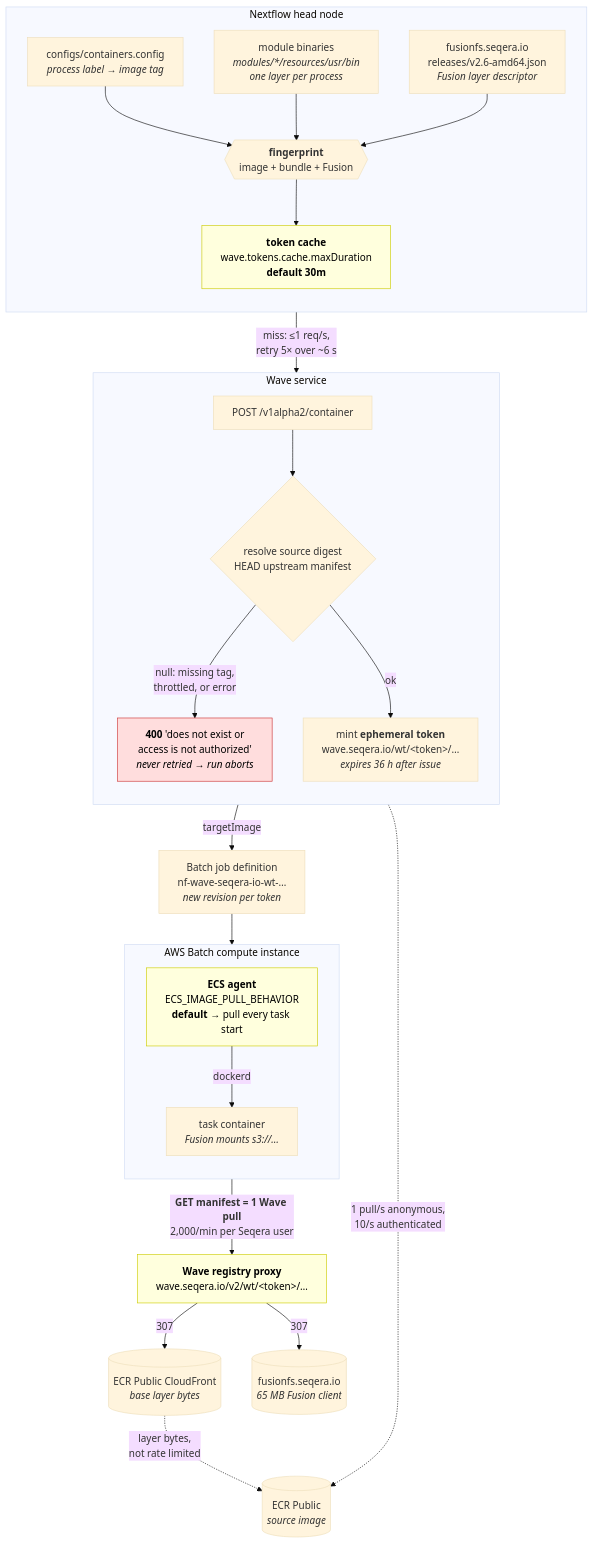
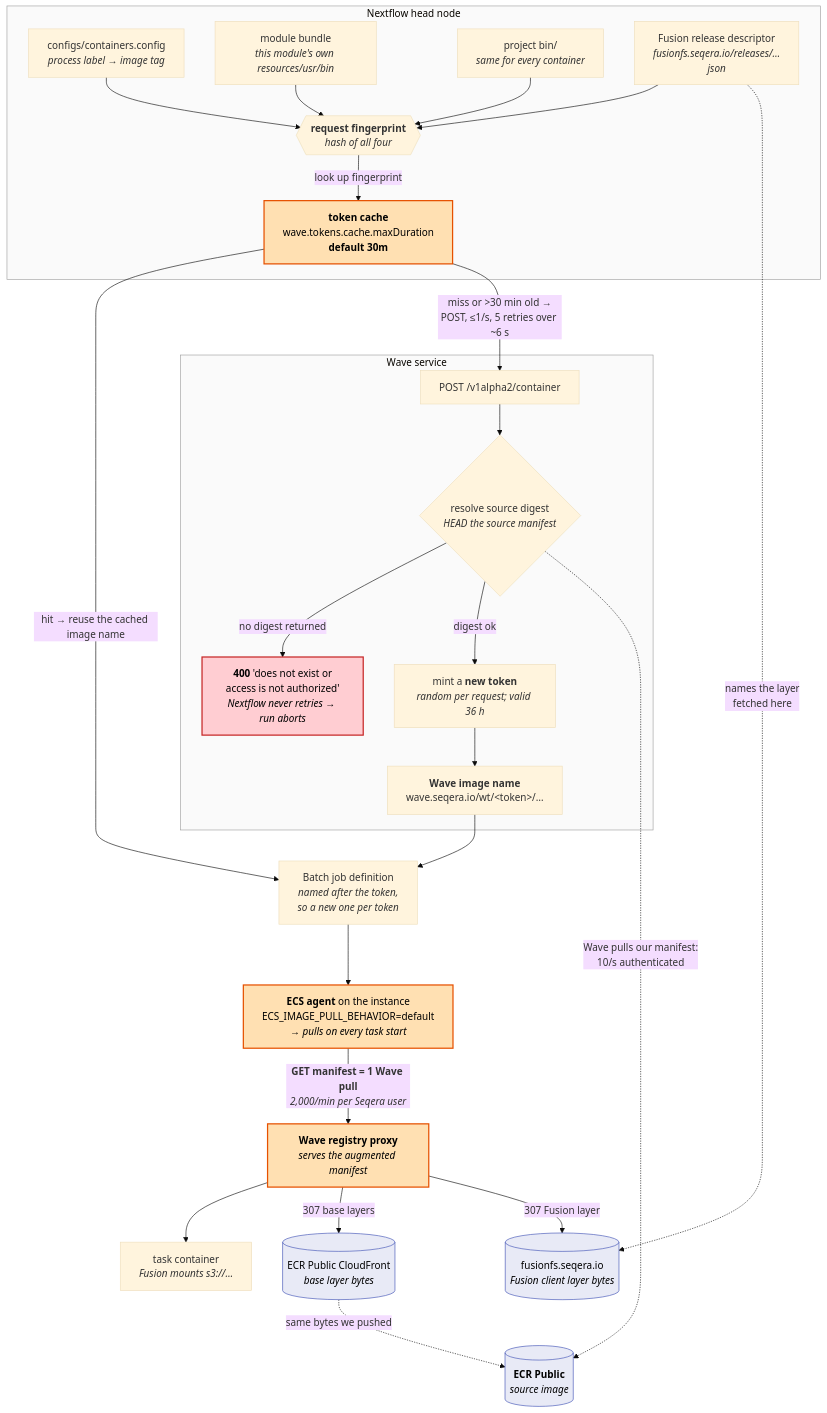
The second of 2 diagrams in docs/wave.md (securebio/nao-mgs-workflow), drawn with Mermaid (base theme) before and after one commit. The commit also changed other lines of this file, not shown here.

First line of the commit message:
Quantify Wave pull limits from production traces; address review

````diff
--- a/docs/wave.md
+++ b/docs/wave.md
@@ -67,53 +101,56 @@
 ```mermaid
 flowchart TB
     subgraph HEAD["Nextflow head node"]
-        direction TB
         CFG["configs/containers.config<br/><i>process label → image tag</i>"]
-        BUNDLE["module binaries<br/><i>modules/*/resources/usr/bin</i><br/><i>one layer per process</i>"]
-        FUSEJSON["fusionfs.seqera.io<br/>releases/v2.6-amd64.json<br/><i>Fusion layer descriptor</i>"]
-        FP{{"<b>fingerprint</b><br/>image + bundle + Fusion"}}
+        BUNDLE["module bundle<br/><i>this module's own resources/usr/bin</i>"]
+        BIN["project bin/<br/><i>same for every container</i>"]
+        FUSEJSON["Fusion release descriptor<br/><i>fusionfs.seqera.io/releases/…json</i>"]
+        FP{{"<b>request fingerprint</b><br/><i>hash of all four</i>"}}
         CACHE["<b>token cache</b><br/>wave.tokens.cache.maxDuration<br/><b>default 30m</b>"]
         CFG --> FP
         BUNDLE --> FP
+        BIN --> FP
         FUSEJSON --> FP
-        FP --> CACHE
+        FP -- "look up fingerprint" --> CACHE
     end
 
     subgraph WAVESVC["Wave service"]
-        direction TB
         WAVE["POST /v1alpha2/container"]
-        DIGEST{"resolve source digest<br/>HEAD upstream manifest"}
-        ERR400["<b>400</b> 'does not exist or<br/>access is not authorized'<br/><i>never retried → run aborts</i>"]
-        TOKEN["mint <b>ephemeral token</b><br/>wave.seqera.io/wt/&lt;token&gt;/…<br/><i>expires 36 h after issue</i>"]
+        DIGEST{"resolve source digest<br/><i>HEAD the source manifest</i>"}
+        ERR400["<b>400</b> 'does not exist or<br/>access is not authorized'<br/><i>Nextflow never retries → run aborts</i>"]
+        TOKEN["mint a <b>new token</b><br/><i>random per request; valid 36 h</i>"]
+        IMG["<b>Wave image name</b><br/>wave.seqera.io/wt/&lt;token&gt;/…"]
         WAVE --> DIGEST
-        DIGEST -- "null: missing tag,<br/>throttled, or error" --> ERR400
-        DIGEST -- ok --> TOKEN
+        DIGEST -- "no digest returned" --> ERR400
+        DIGEST -- "digest ok" --> TOKEN --> IMG
     end
 
-    subgraph INSTANCE["AWS Batch compute instance"]
-        direction TB
-        ECSAGENT["<b>ECS agent</b><br/>ECS_IMAGE_PULL_BEHAVIOR<br/><b>default</b> → pull every task start"]
-        TASK["task container<br/><i>Fusion mounts s3://…</i>"]
-        ECSAGENT -- "dockerd" --> TASK
-    end
+    SRC[("<b>ECR Public</b><br/><i>source image</i>")]
+    JOBDEF["Batch job definition<br/><i>named after the token,<br/>so a new one per token</i>"]
+    ECSAGENT["<b>ECS agent</b> on the instance<br/>ECS_IMAGE_PULL_BEHAVIOR=default<br/><i>→ pulls on every task start</i>"]
+    WAVEREG["<b>Wave registry proxy</b><br/><i>serves the augmented manifest</i>"]
+    TASK["task container<br/><i>Fusion mounts s3://…</i>"]
+    CDN[("ECR Public CloudFront<br/><i>base layer bytes</i>")]
+    FUSECDN[("fusionfs.seqera.io<br/><i>Fusion client layer bytes</i>")]
 
-    SRC[("ECR Public<br/><i>source image</i>")]
-    WAVEREG["<b>Wave registry proxy</b><br/>wave.seqera.io/v2/wt/&lt;token&gt;/…"]
-    CDN[("ECR Public CloudFront<br/><i>base layer bytes</i>")]
-    FUSECDN[("fusionfs.seqera.io<br/><i>65 MB Fusion client</i>")]
-    JOBDEF["Batch job definition<br/>nf-wave-seqera-io-wt-…<br/><i>new revision per token</i>"]
+    CACHE -- "hit → reuse the cached image name" --> JOBDEF
+    CACHE -- "miss or >30 min old →<br/>POST, ≤1/s, 5 retries over ~6 s" --> WAVE
+    DIGEST -. "Wave pulls our manifest:<br/>10/s authenticated" .-> SRC
+    IMG --> JOBDEF
+    JOBDEF --> ECSAGENT
+    ECSAGENT -- "<b>GET manifest = 1 Wave pull</b><br/><i>2,000/min per Seqera user</i>" --> WAVEREG
+    WAVEREG --> TASK
+    WAVEREG -- "307 base layers" --> CDN
+    WAVEREG -- "307 Fusion layer" --> FUSECDN
+    CDN -. "same bytes we pushed" .-> SRC
+    FUSEJSON -. "names the layer<br/>fetched here" .-> FUSECDN
 
-    CACHE -- "miss: ≤1 req/s,<br/>retry 5× over ~6 s" --> WAVE
-    DIGEST -. "1 pull/s anonymous,<br/>10/s authenticated" .-> SRC
-    TOKEN -- targetImage --> JOBDEF
-    JOBDEF --> ECSAGENT
-    ECSAGENT -- "<b>GET manifest = 1 Wave pull</b><br/>2,000/min per Seqera user" --> WAVEREG
-    WAVEREG -- "307" --> CDN
-    WAVEREG -- "307" --> FUSECDN
-    CDN -. "layer bytes,<br/>not rate limited" .-> SRC
-
-    classDef fail fill:#fdd,stroke:#c33,color:#000
-    classDef limit fill:#ffd,stroke:#cc0,color:#000
+    classDef hot fill:#ffe0b2,stroke:#e65100,stroke-width:2px,color:#000
+    classDef fail fill:#ffcdd2,stroke:#c62828,stroke-width:2px,color:#000
+    classDef reg fill:#e8eaf6,stroke:#3f51b5,color:#000
+    class CACHE,ECSAGENT,WAVEREG hot
     class ERR400 fail
-    class CACHE,ECSAGENT,WAVEREG limit
+    class SRC,CDN,FUSECDN reg
+    style HEAD fill:#fafafa,stroke:#9e9e9e
+    style WAVESVC fill:#fafafa,stroke:#9e9e9e
 ```
````
